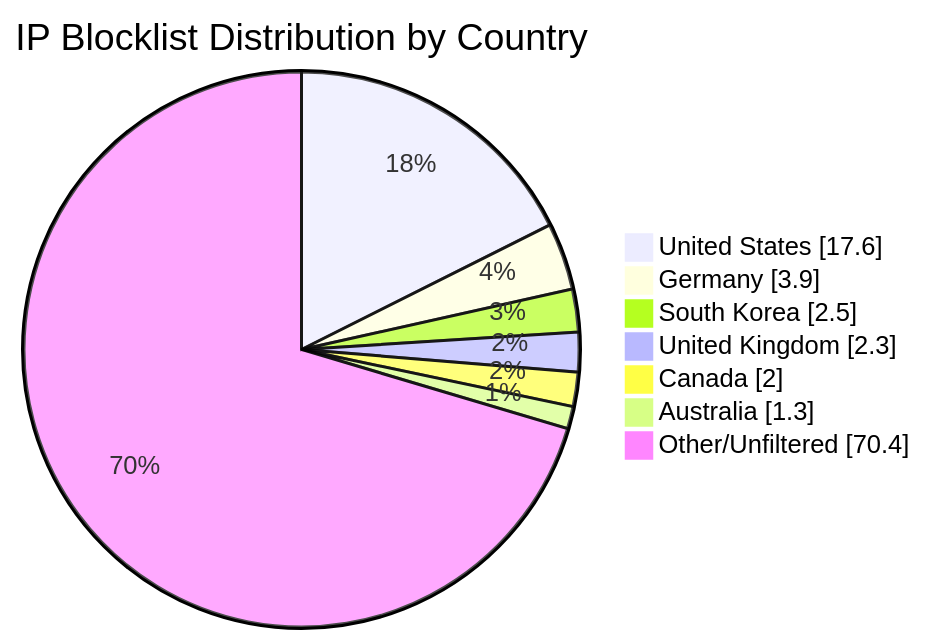
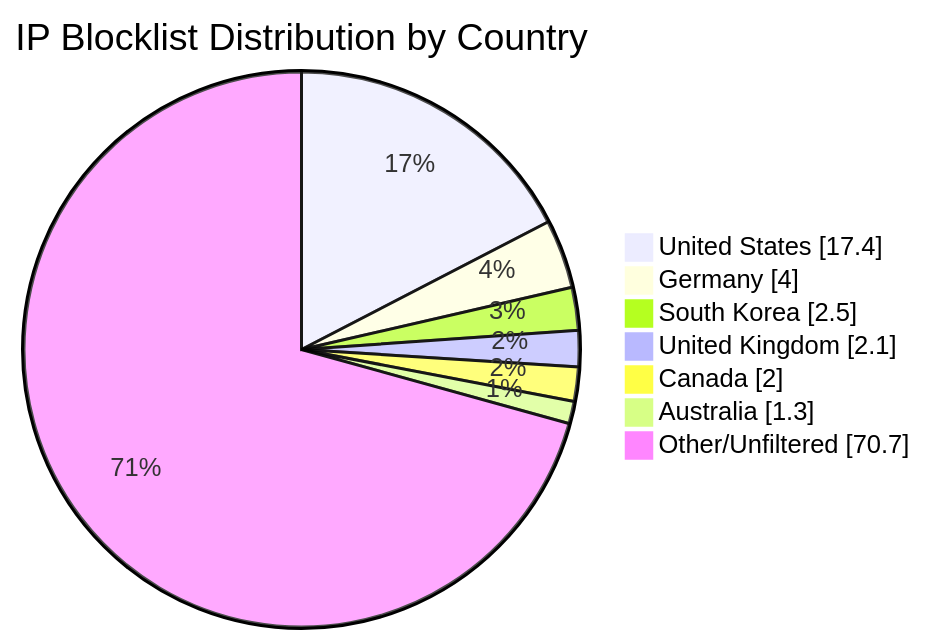
The diagram in README.md (MarcusHoltz/ipblocklist-geofiltered-aggregator), drawn with Mermaid before and after one commit. The commit also changed other lines of this file and 9 other files, not shown here.

````diff
--- a/README.md
+++ b/README.md
@@ -34,10 +34,10 @@
 ```mermaid
 pie showData title IP Blocklist Distribution by Country
-"United States" : 17.6
-"Germany" : 3.9
+"United States" : 17.4
+"Germany" : 4.0
 "South Korea" : 2.5
-"United Kingdom" : 2.3
+"United Kingdom" : 2.1
 "Canada" : 2.0
 "Australia" : 1.3
-"Other/Unfiltered" : 70.4
+"Other/Unfiltered" : 70.7
 ```
````
